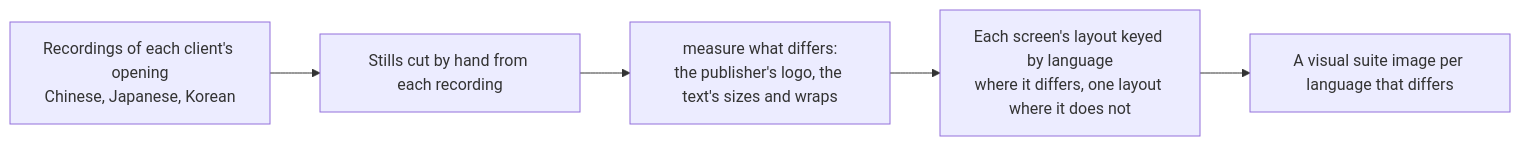
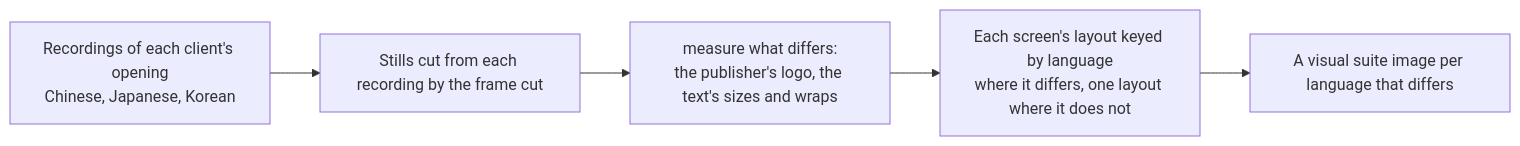
One commit to Esposter/Esposter changed the diagram in openspec/changes/genshin-localized-opening/design.md. Above: the diagram before and after it, drawn with Mermaid. The commit also changed 1 other file, not shown here.

Commit message:
docs(genshin): the localized opening's recordings are found and cut by the tooling, not by hand
Task 1.1 asked for stills cut by hand and for the user to confirm the recordings. It now has an agent find the Japanese and Korean PC launches in published material with recreation search and recordings clip, read them from the captures file, cut each still with the frame cut, pack it, name it in ParityReferenceMap by source, and verify it with genshin:parity verify. A launch no published clip shows ships provisional, as the References sought rule says. The design's flowchart labels the same step.

Claude-Session: https://claude.ai/code/session_0145sUFkywNo3U9q7V8CwgPb

````diff
--- a/openspec/changes/genshin-localized-opening/design.md
+++ b/openspec/changes/genshin-localized-opening/design.md
@@ -7,7 +7,7 @@
 ```mermaid
 flowchart LR
-  Videos["Recordings of each client's opening<br/>Chinese, Japanese, Korean"] --> Frames["Stills cut by hand from each recording"]
+  Videos["Recordings of each client's opening<br/>Chinese, Japanese, Korean"] --> Frames["Stills cut from each recording by the frame cut"]
   Frames --> Measure["measure what differs:<br/>the publisher's logo, the text's sizes and wraps"]
   Measure --> Screens["Each screen's layout keyed by language<br/>where it differs, one layout where it does not"]
   Screens --> Visual["A visual suite image per language that differs"]
 ```
````
